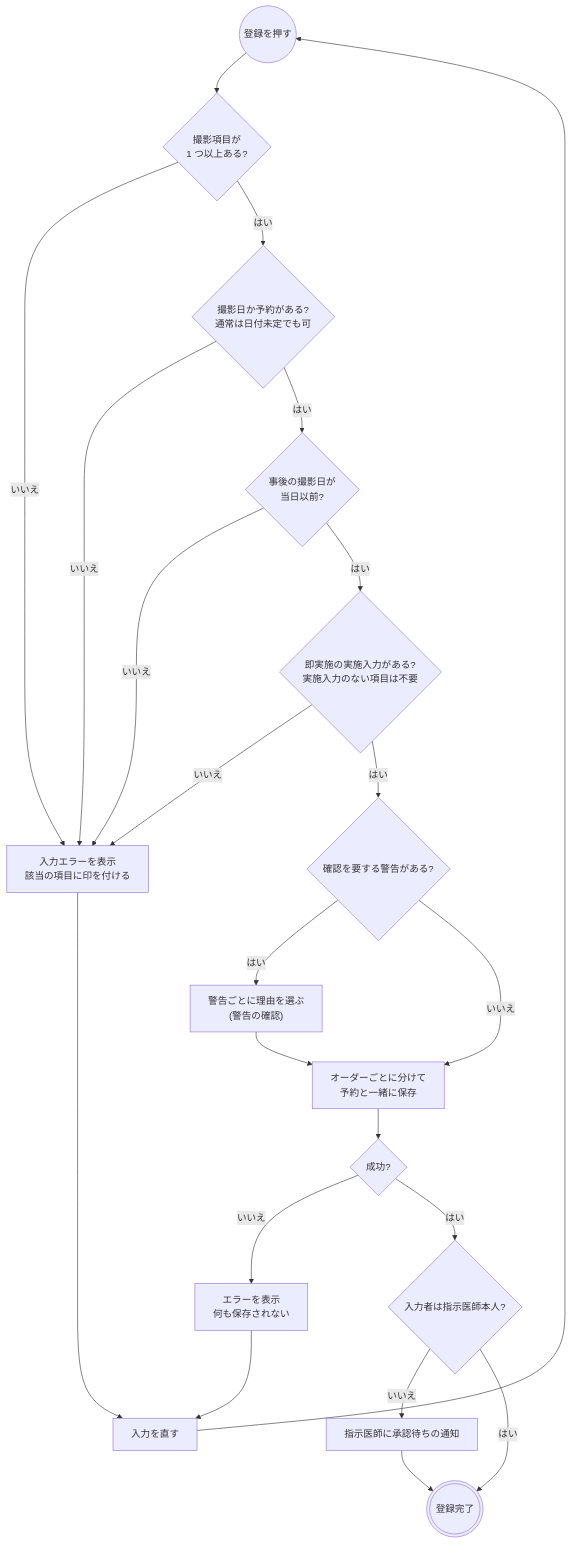
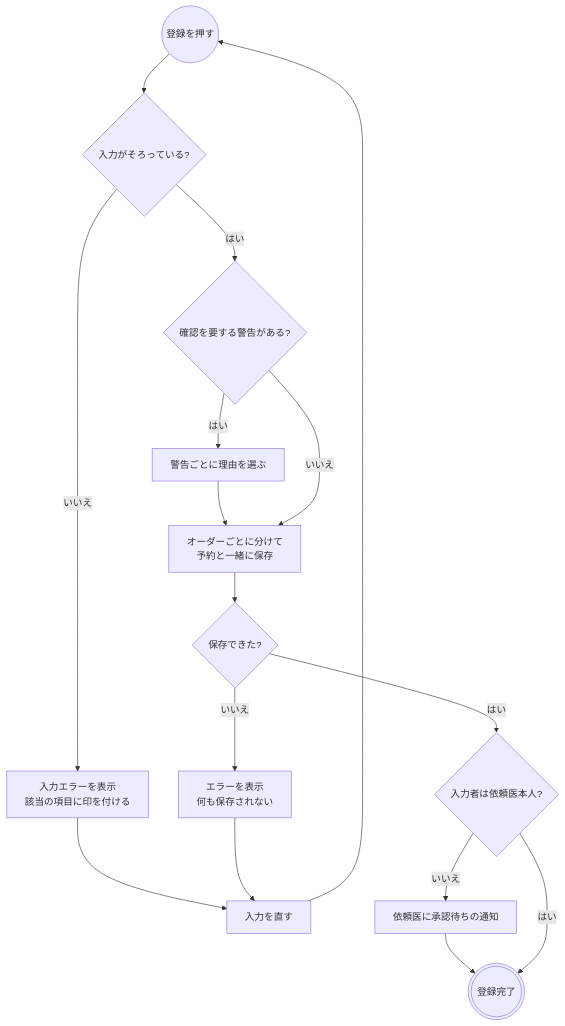
Before and after one commit to ysnr-dev/fhir-client-docs: the second of 6 diagrams in docs/flows/rad.md, drawn with Mermaid. The commit also changed other lines of this file and 43 other files, not shown here.

Commit message:
docs: 業務フローとシーケンス図を写し直し

````diff
--- a/docs/flows/rad.md
+++ b/docs/flows/rad.md
@@ -94,36 +111,26 @@
 ```mermaid
 flowchart TD
   submit(("登録を押す"))
-  items{"撮影項目が<br/>1 つ以上ある?"}
-  dates{"撮影日か予約がある?<br/>通常は日付未定でも可"}
-  retro{"事後の撮影日が<br/>当日以前?"}
-  input{"即実施の実施入力がある?<br/>実施入力のない項目は不要"}
+  valid{"入力がそろっている?"}
   error["入力エラーを表示<br/>該当の項目に印を付ける"]
+  fix["入力を直す"]
   warn{"確認を要する警告がある?"}
-  reason["警告ごとに理由を選ぶ<br/>(警告の確認)"]
+  reason["警告ごとに理由を選ぶ"]
   send["オーダーごとに分けて<br/>予約と一緒に保存"]
-  result{"成功?"}
+  result{"保存できた?"}
   failed["エラーを表示<br/>何も保存されない"]
-  proxy{"入力者は指示医師本人?"}
-  approval["指示医師に承認待ちの通知"]
+  proxy{"入力者は依頼医本人?"}
+  approval["依頼医に承認待ちの通知"]
   done((("登録完了")))
-  fix["入力を直す"]
 
-  submit --> items
-  items -- "いいえ" --> error
-  items -- "はい" --> dates
-  dates -- "いいえ" --> error
-  dates -- "はい" --> retro
-  retro -- "いいえ" --> error
-  retro -- "はい" --> input
-  input -- "いいえ" --> error
-  input -- "はい" --> warn
+  submit --> valid
+  valid -- "いいえ" --> error --> fix --> submit
+  valid -- "はい" --> warn
   warn -- "はい" --> reason --> send
   warn -- "いいえ" --> send
   send --> result
   result -- "いいえ" --> failed --> fix
   result -- "はい" --> proxy
   proxy -- "いいえ" --> approval --> done
   proxy -- "はい" --> done
-  error --> fix --> submit
 ```
````
